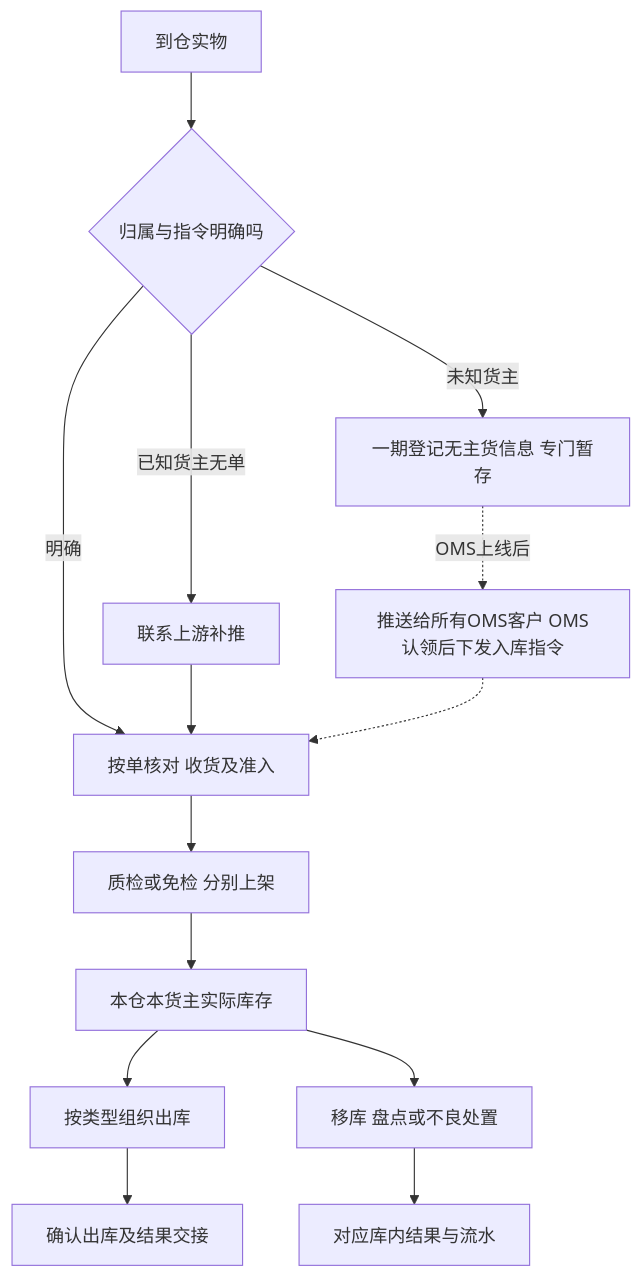
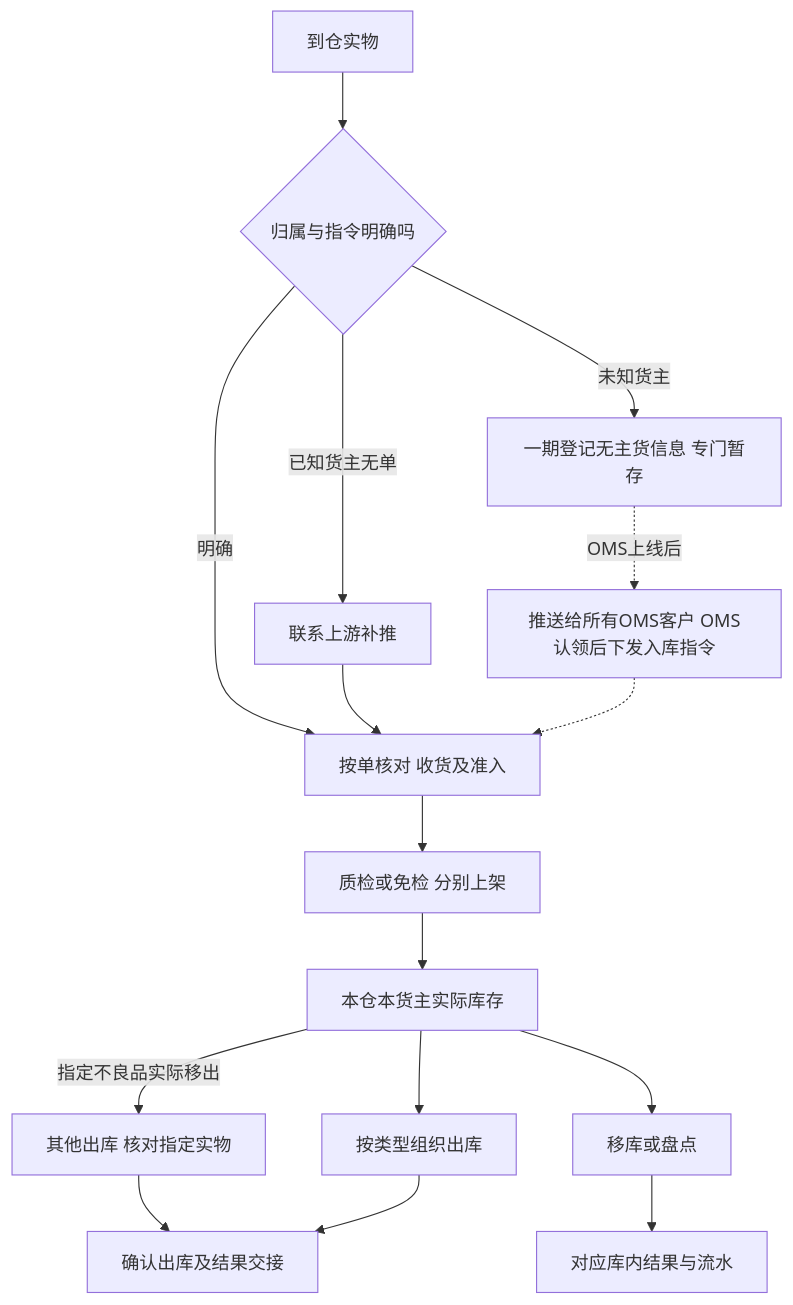
The diagram in 04-业务分析和设计/06-海外仓典型业务场景与方案.md (TopVitamin/QS-WMS-Project), drawn with Mermaid before and after one commit. The commit also changed other lines of this file and 82 other files, not shown here.

````diff
--- a/04-业务分析和设计/06-海外仓典型业务场景与方案.md
+++ b/04-业务分析和设计/06-海外仓典型业务场景与方案.md
@@ -15,16 +15,18 @@
 ```mermaid
 flowchart TD
     A[到仓实物] --> B{归属与指令明确吗}
     B -->|明确| C[按单核对 收货及准入]
     B -->|已知货主无单| D[联系上游补推]
     B -->|未知货主| E[一期登记无主货信息 专门暂存]
     D --> C
     E -.->|OMS上线后| F[推送给所有OMS客户 OMS认领后下发入库指令]
     F -.-> C
     C --> G[质检或免检 分别上架]
     G --> H[本仓本货主实际库存]
     H --> I[按类型组织出库]
-    H --> J[移库 盘点或不良处置]
+    H --> J[移库或盘点]
+    H -->|指定不良品实际移出| M[其他出库 核对指定实物]
+    M --> K
     I --> K[确认出库及结果交接]
     J --> L[对应库内结果与流水]
 ```
````
